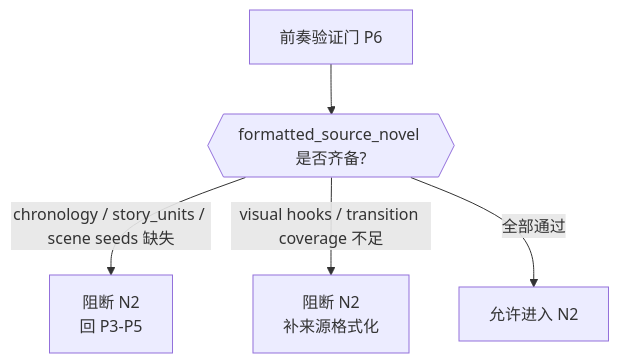
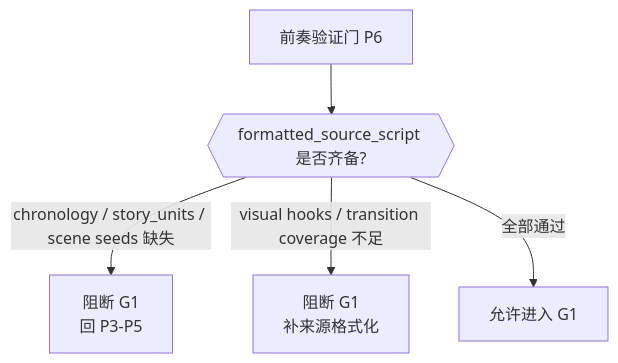
One commit to ZEN-VOID/AI-CUT changed the fifth of 7 diagrams in .agents/skills/comic/2-九刀流漫画提示词/SKILL.md. Above: the diagram before and after it, drawn with Mermaid. The commit also changed other lines of this file and 151 other files, not shown here.

````diff
--- a/.agents/skills/comic/2-九刀流漫画提示词/SKILL.md
+++ b/.agents/skills/comic/2-九刀流漫画提示词/SKILL.md
@@ -195,7 +261,7 @@
 ```mermaid
 flowchart TD
-    A0["前奏验证门 P6"] --> B0{{"formatted_source_novel 是否齐备?"}}
-    B0 -->|"chronology / story_units / scene seeds 缺失"| C0["阻断 N2<br/>回 P3-P5"]
-    B0 -->|"visual hooks / transition coverage 不足"| D0["阻断 N2<br/>补来源格式化"]
-    B0 -->|"全部通过"| E0["允许进入 N2"]
+    A0["前奏验证门 P6"] --> B0{{"formatted_source_script 是否齐备?"}}
+    B0 -->|"chronology / story_units / scene seeds 缺失"| C0["阻断 G1<br/>回 P3-P5"]
+    B0 -->|"visual hooks / transition coverage 不足"| D0["阻断 G1<br/>补来源格式化"]
+    B0 -->|"全部通过"| E0["允许进入 G1"]
 ```
````
